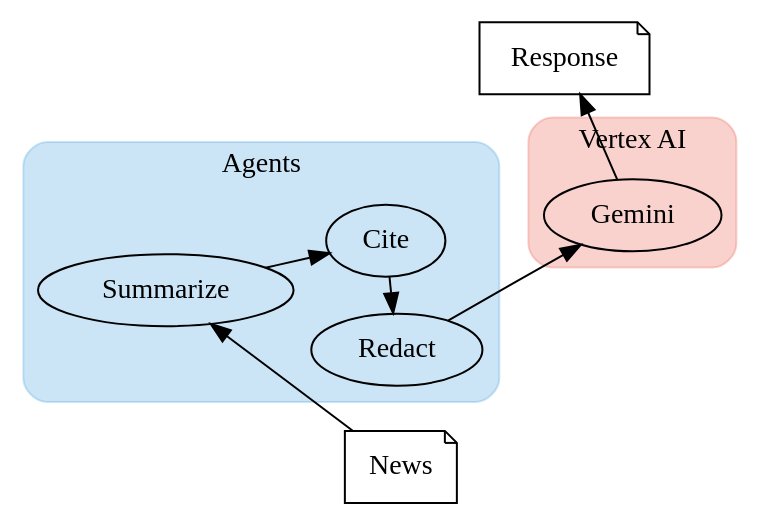
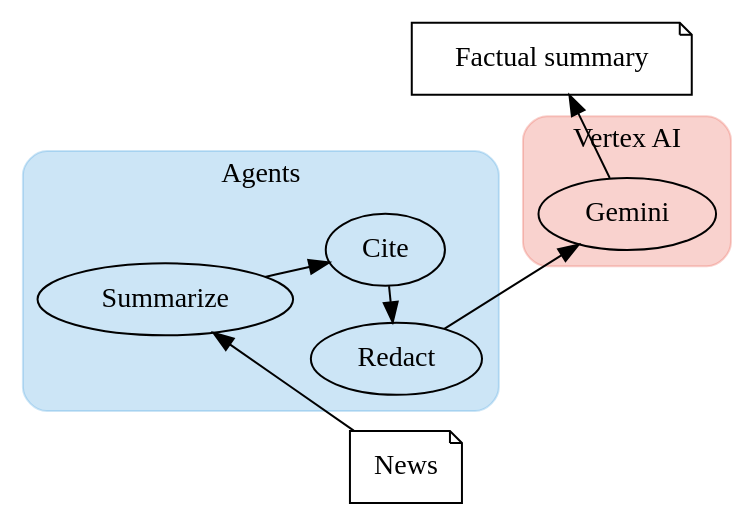
One commit to google-gemini/workshops changed the diagram in factuality/slides/public/factuality.dot. Above: the diagram before and after it, drawn with Graphviz. The commit also changed 7 other files, not shown here.

```diff
--- a/factuality/slides/public/factuality.dot
+++ b/factuality/slides/public/factuality.dot
@@ -1,31 +1,31 @@
 digraph stack {
 	graph [layout=fdp,
 		style="filled,rounded"
 	];
 	{
 		node [shape=note];
 		news	[label=News,
 			shape=note];
-		response	[label=Response,
+		response	[label="Factual summary",
 			shape=note];
 	}
 	subgraph cluster_crewai {
 		graph [color="#3498db40",
 			label=Agents
 		];
 		summarize	[label=Summarize];
 		cite	[label=Cite];
 		redact	[label=Redact];
 	}
 	subgraph cluster_vertexai {
 		graph [color="#e74c3c40",
 			label="Vertex AI"
 		];
 		gemini	[label=Gemini];
 	}
 	news -> summarize;
 	summarize -> cite;
 	cite -> redact;
 	redact -> gemini;
 	gemini -> response;
 }
```
